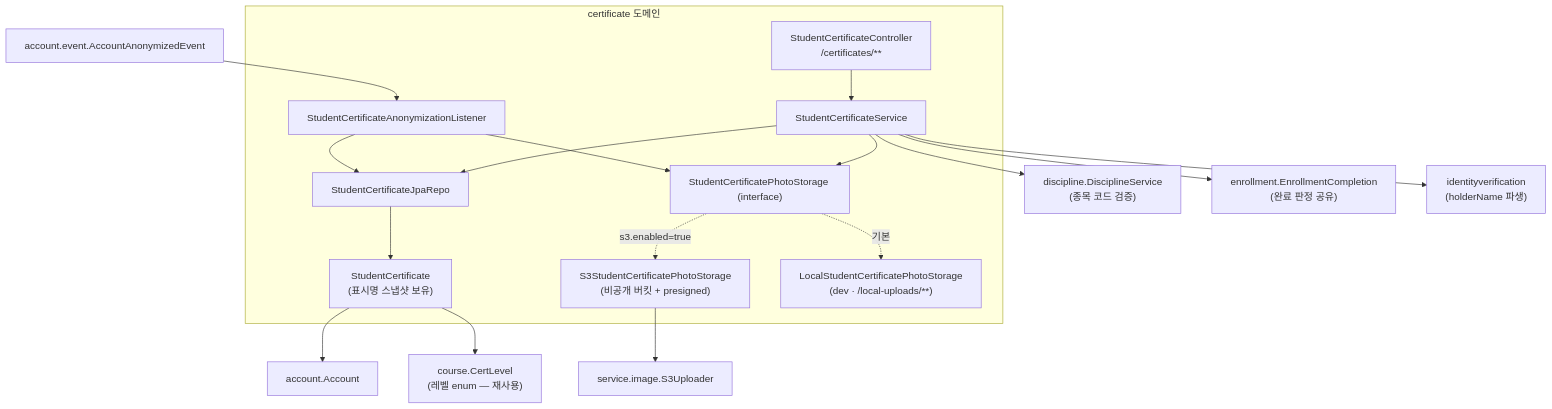
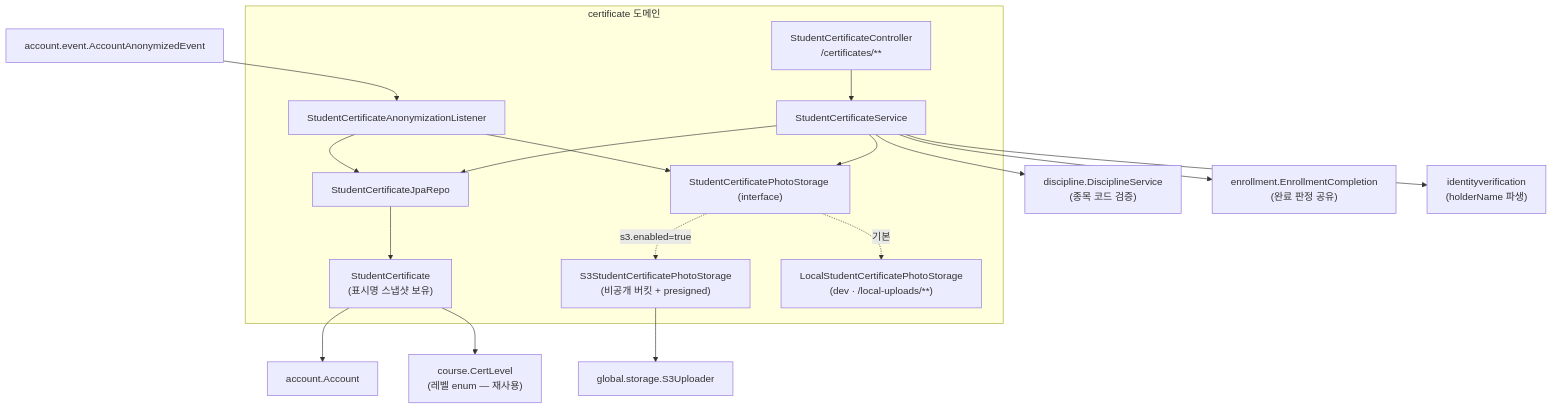
One commit to pungdong/Pungdong-Backend changed the first of 3 diagrams in docs/architecture/certificate.md. Above: the diagram before and after it, drawn with Mermaid. The commit also changed 24 other files, not shown here.

````diff
--- a/docs/architecture/certificate.md
+++ b/docs/architecture/certificate.md
@@ -15,35 +15,35 @@
 ```mermaid
 flowchart TB
     subgraph CERT["certificate 도메인"]
         Ctl["StudentCertificateController<br/>/certificates/**"]
         Svc["StudentCertificateService"]
         Entity["StudentCertificate<br/>(표시명 스냅샷 보유)"]
         Repo["StudentCertificateJpaRepo"]
         Listener["StudentCertificateAnonymizationListener"]
         Store["StudentCertificatePhotoStorage (interface)"]
         S3["S3StudentCertificatePhotoStorage<br/>(비공개 버킷 + presigned)"]
         Local["LocalStudentCertificatePhotoStorage<br/>(dev · /local-uploads/**)"]
     end
 
     Account["account.Account"]
     Event["account.event.AccountAnonymizedEvent"]
     Disc["discipline.DisciplineService<br/>(종목 코드 검증)"]
     Level["course.CertLevel<br/>(레벨 enum — 재사용)"]
     Enroll["enrollment.EnrollmentCompletion<br/>(완료 판정 공유)"]
     Ident["identityverification<br/>(holderName 파생)"]
-    Uploader["service.image.S3Uploader"]
+    Uploader["global.storage.S3Uploader"]
 
     Ctl --> Svc
     Svc --> Repo --> Entity
     Svc --> Store
     Svc --> Disc
     Svc --> Enroll
     Svc --> Ident
     Entity --> Account
     Entity --> Level
     Store -.->|s3.enabled=true| S3
     Store -.->|기본| Local
     S3 --> Uploader
     Event --> Listener --> Repo
     Listener --> Store
 ```
````
